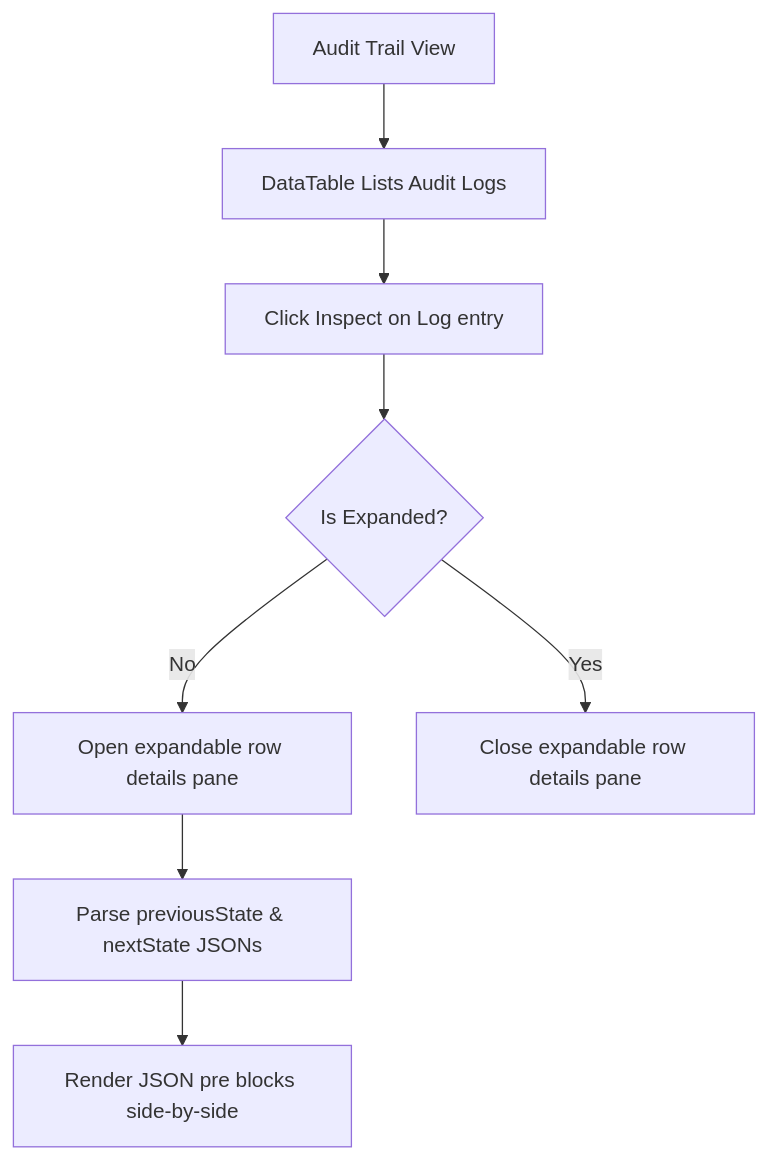
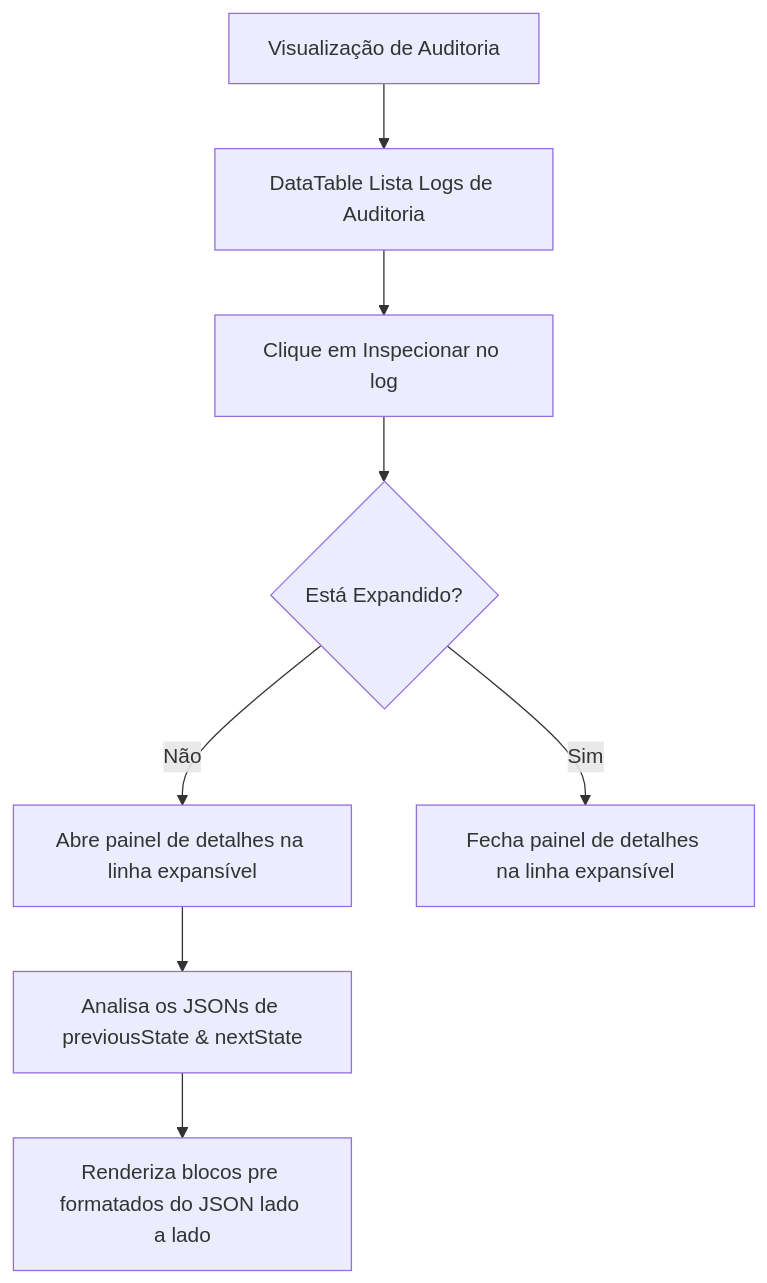
The diagram in docs/audit/README.md (EdDevFront/sales-order-management-system), drawn with Mermaid before and after one commit. The commit also changed other lines of this file and 5 other files, not shown here.

Commit message:
docs: translate documentation markdown and mermaid diagrams to Portuguese

````diff
--- a/docs/audit/README.md
+++ b/docs/audit/README.md
@@ -10,10 +10,10 @@
 ```mermaid
 graph TD
-    A[Audit Trail View] --> B[DataTable Lists Audit Logs]
-    B --> C[Click Inspect on Log entry]
-    C --> D{Is Expanded?}
-    D -- No --> E[Open expandable row details pane]
-    E --> F[Parse previousState & nextState JSONs]
-    F --> G[Render JSON pre blocks side-by-side]
-    D -- Yes --> H[Close expandable row details pane]
+    A[Visualização de Auditoria] --> B[DataTable Lista Logs de Auditoria]
+    B --> C[Clique em Inspecionar no log]
+    C --> D{Está Expandido?}
+    D -- Não --> E[Abre painel de detalhes na linha expansível]
+    E --> F[Analisa os JSONs de previousState & nextState]
+    F --> G[Renderiza blocos pre formatados do JSON lado a lado]
+    D -- Sim --> H[Fecha painel de detalhes na linha expansível]
 ```
````
